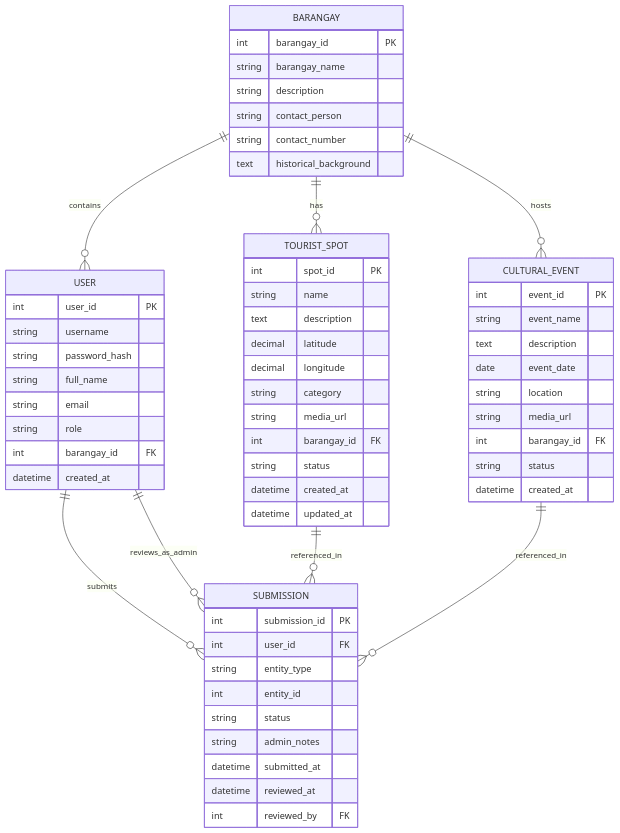
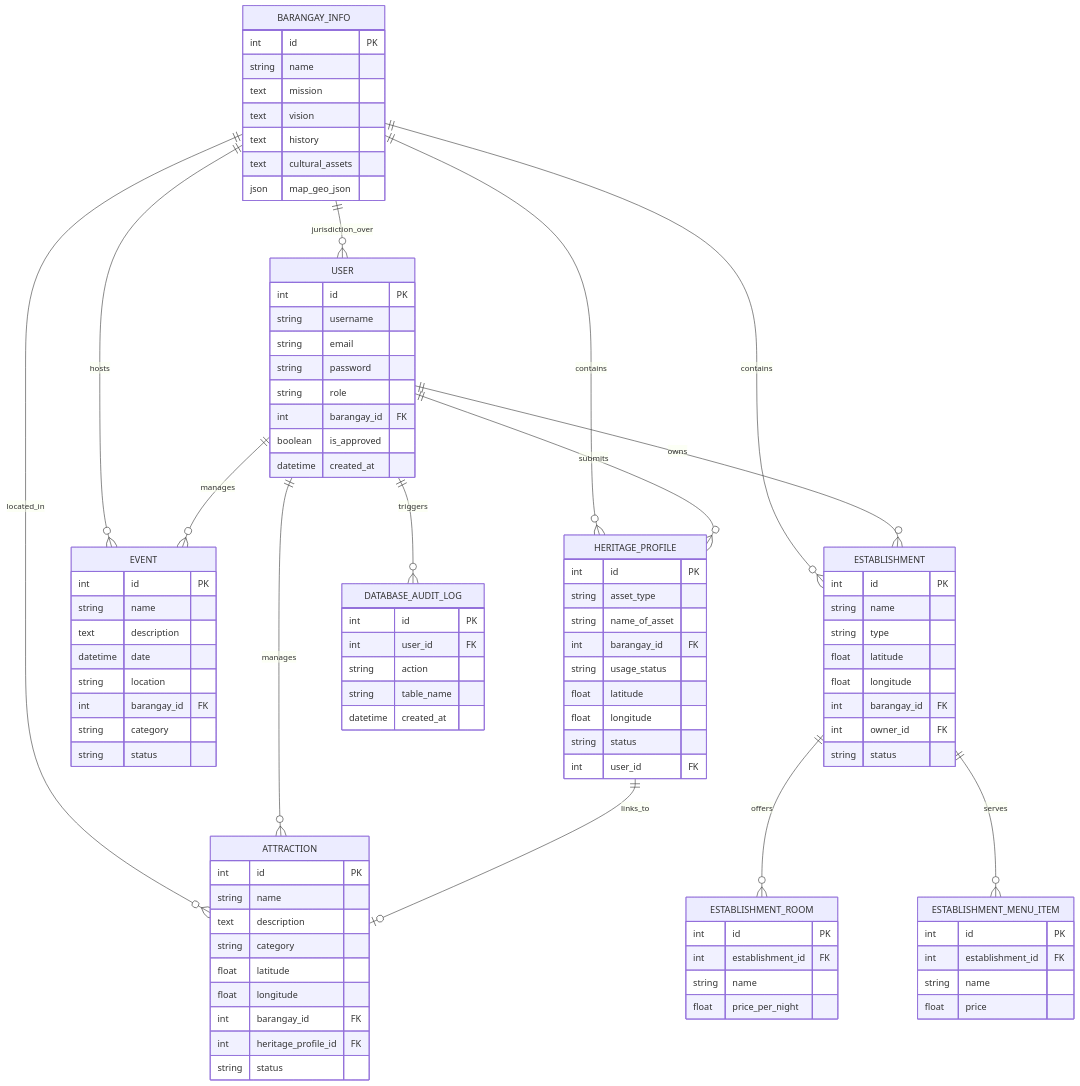
One commit to jemhakdog/Interactive-Digital-Cultural-Map-and-Local-Tourism-Information-system-for-Mangatarem--Pangasinan changed the fifth of 6 diagrams in docs/capstone/chapters/Chapter-2-Methodology-and-Design.md. Above: the diagram before and after it, drawn with Mermaid. The commit also changed other lines of this file and 6 other files, not shown here.

````diff
--- a/docs/capstone/chapters/Chapter-2-Methodology-and-Design.md
+++ b/docs/capstone/chapters/Chapter-2-Methodology-and-Design.md
@@ -185,68 +183,107 @@
 ```mermaid
 erDiagram
     USER {
-        int user_id PK
+        int id PK
         string username
-        string password_hash
-        string full_name
         string email
+        string password
         string role
         int barangay_id FK
+        boolean is_approved
         datetime created_at
     }
 
-    BARANGAY {
-        int barangay_id PK
-        string barangay_name
-        string description
-        string contact_person
-        string contact_number
-        text historical_background
+    BARANGAY_INFO {
+        int id PK
+        string name
+        text mission
+        text vision
+        text history
+        text cultural_assets
+        json map_geo_json
     }
 
-    TOURIST_SPOT {
-        int spot_id PK
+    HERITAGE_PROFILE {
+        int id PK
+        string asset_type
+        string name_of_asset
+        int barangay_id FK
+        string usage_status
+        float latitude
+        float longitude
+        string status
+        int user_id FK
+    }
+
+    ATTRACTION {
+        int id PK
         string name
         text description
-        decimal latitude
-        decimal longitude
         string category
-        string media_url
+        float latitude
+        float longitude
         int barangay_id FK
+        int heritage_profile_id FK
         string status
-        datetime created_at
-        datetime updated_at
     }
 
-    CULTURAL_EVENT {
-        int event_id PK
-        string event_name
+    EVENT {
+        int id PK
+        string name
         text description
-        date event_date
+        datetime date
         string location
-        string media_url
         int barangay_id FK
+        string category
         string status
+    }
+
+    ESTABLISHMENT {
+        int id PK
+        string name
+        string type
+        float latitude
+        float longitude
+        int barangay_id FK
+        int owner_id FK
+        string status
+    }
+
+    ESTABLISHMENT_ROOM {
+        int id PK
+        int establishment_id FK
+        string name
+        float price_per_night
+    }
+
+    ESTABLISHMENT_MENU_ITEM {
+        int id PK
+        int establishment_id FK
+        string name
+        float price
+    }
+
+    DATABASE_AUDIT_LOG {
+        int id PK
+        int user_id FK
+        string action
+        string table_name
         datetime created_at
     }
 
-    SUBMISSION {
-        int submission_id PK
-        int user_id FK
-        string entity_type
-        int entity_id
-        string status
-        string admin_notes
-        datetime submitted_at
-        datetime reviewed_at
-        int reviewed_by FK
-    }
+    BARANGAY_INFO ||--o{ ATTRACTION : "located_in"
+    BARANGAY_INFO ||--o{ EVENT : "hosts"
+    BARANGAY_INFO ||--o{ HERITAGE_PROFILE : "contains"
+    BARANGAY_INFO ||--o{ ESTABLISHMENT : "contains"
+    BARANGAY_INFO ||--o{ USER : "jurisdiction_over"
+    
+    USER ||--o{ HERITAGE_PROFILE : "submits"
+    USER ||--o{ ATTRACTION : "manages"
+    USER ||--o{ EVENT : "manages"
+    USER ||--o{ ESTABLISHMENT : "owns"
+    USER ||--o{ DATABASE_AUDIT_LOG : "triggers"
 
-    BARANGAY ||--o{ TOURIST_SPOT : has
-    BARANGAY ||--o{ CULTURAL_EVENT : hosts
-    BARANGAY ||--o{ USER : contains
-    USER ||--o{ SUBMISSION : submits
-    USER ||--o{ SUBMISSION : reviews_as_admin
-    TOURIST_SPOT ||--o{ SUBMISSION : referenced_in
-    CULTURAL_EVENT ||--o{ SUBMISSION : referenced_in
+    HERITAGE_PROFILE ||--o| ATTRACTION : "links_to"
+    ESTABLISHMENT ||--o{ ESTABLISHMENT_ROOM : "offers"
+    ESTABLISHMENT ||--o{ ESTABLISHMENT_MENU_ITEM : "serves"
 ```
````
